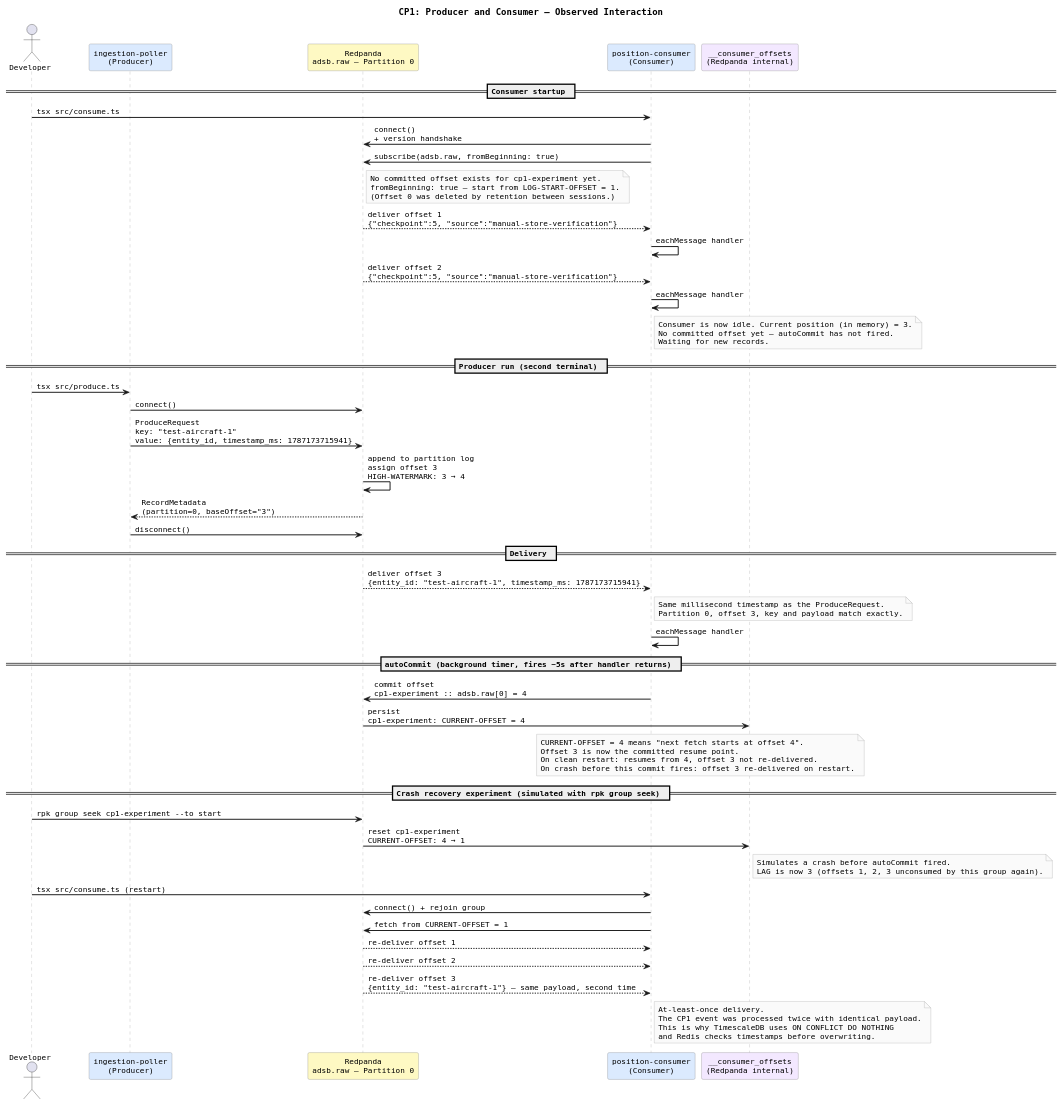
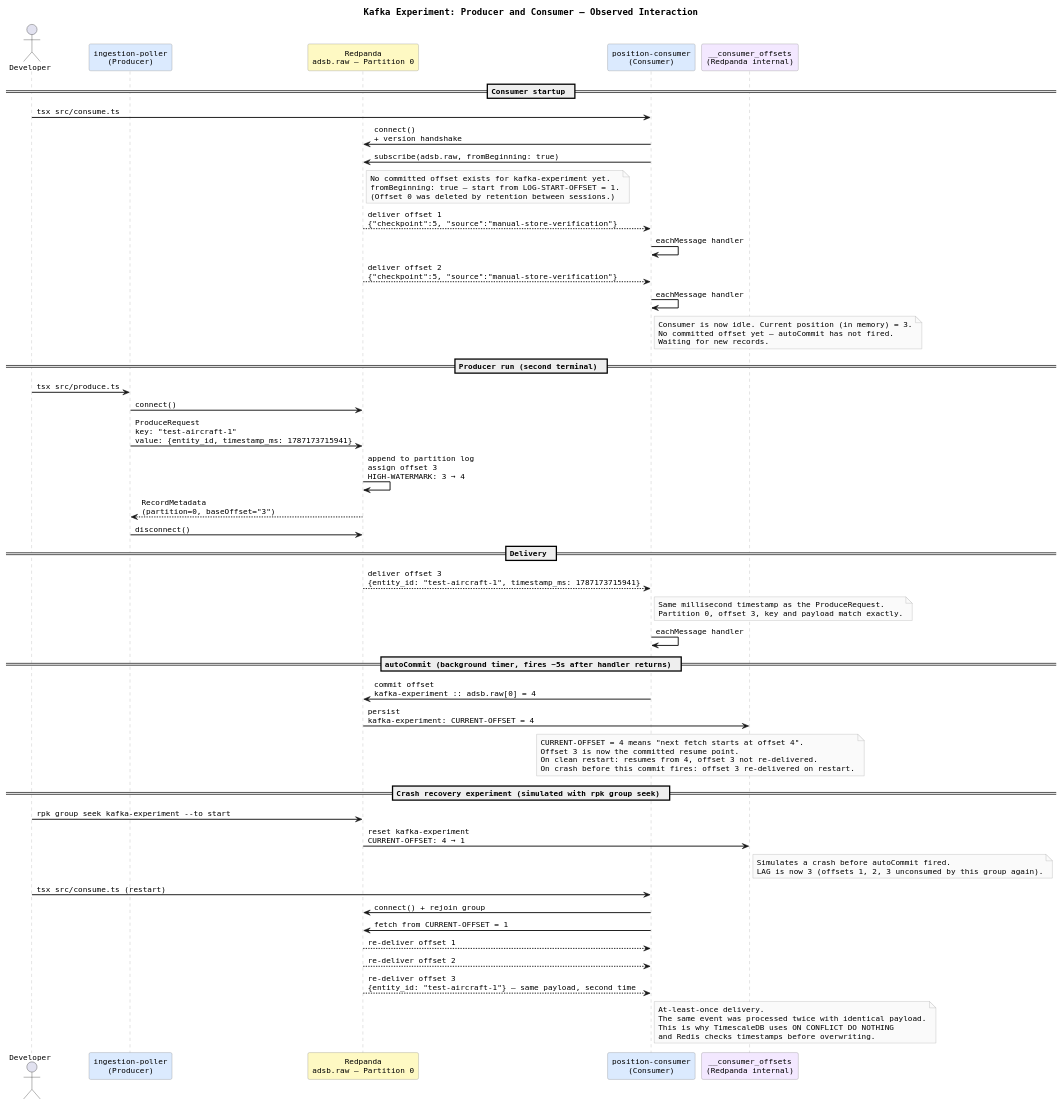
The diagram in docs/implementation/phase-02-live-position-pipeline/concepts/kafka-experiment/cp1-sequence.puml (Buffden/sentinel), drawn with PlantUML before and after one commit. The commit also changed 10 other files, not shown here.

Commit message:
docs: replace checkpoint labels with descriptive names in docs, diagrams, and scripts

```diff
--- a/docs/implementation/phase-02-live-position-pipeline/concepts/kafka-experiment/cp1-sequence.puml
+++ b/docs/implementation/phase-02-live-position-pipeline/concepts/kafka-experiment/cp1-sequence.puml
@@ -1,105 +1,105 @@
 @startuml cp1-sequence
-title CP1: Producer and Consumer — Observed Interaction
+title Kafka Experiment: Producer and Consumer — Observed Interaction
 
 skinparam defaultFontName Monospaced
 skinparam defaultFontSize 12
 skinparam sequenceArrowThickness 1.5
 skinparam sequenceParticipantBorderColor #888888
 skinparam sequenceLifeLineBorderColor #AAAAAA
 skinparam noteBorderColor #AAAAAA
 skinparam noteBackgroundColor #FAFAFA
 skinparam sequenceGroupBorderColor #CCCCCC
 skinparam sequenceGroupBodyBackgroundColor #FAFAFA
 
 actor Developer as dev
 
 participant "ingestion-poller\n(Producer)" as Producer #DBEAFE
 participant "Redpanda\nadsb.raw — Partition 0" as Broker #FEF9C3
 participant "position-consumer\n(Consumer)" as Consumer #DBEAFE
 participant "__consumer_offsets\n(Redpanda internal)" as Offsets #F3E8FF
 
 == Consumer startup ==
 
 dev -> Consumer : tsx src/consume.ts
 Consumer -> Broker : connect()\n+ version handshake
 Consumer -> Broker : subscribe(adsb.raw, fromBeginning: true)
 
 note right of Broker
-  No committed offset exists for cp1-experiment yet.
+  No committed offset exists for kafka-experiment yet.
   fromBeginning: true — start from LOG-START-OFFSET = 1.
   (Offset 0 was deleted by retention between sessions.)
 end note
 
 Broker --> Consumer : deliver offset 1\n{"checkpoint":5, "source":"manual-store-verification"}
 Consumer -> Consumer : eachMessage handler
 
 Broker --> Consumer : deliver offset 2\n{"checkpoint":5, "source":"manual-store-verification"}
 Consumer -> Consumer : eachMessage handler
 
 note right of Consumer
   Consumer is now idle. Current position (in memory) = 3.
   No committed offset yet — autoCommit has not fired.
   Waiting for new records.
 end note
 
 == Producer run (second terminal) ==
 
 dev -> Producer : tsx src/produce.ts
 Producer -> Broker : connect()
 Producer -> Broker : ProduceRequest\nkey: "test-aircraft-1"\nvalue: {entity_id, timestamp_ms: 1787173715941}
 
 Broker -> Broker : append to partition log\nassign offset 3\nHIGH-WATERMARK: 3 → 4
 
 Broker --> Producer : RecordMetadata\n(partition=0, baseOffset="3")
 Producer -> Broker : disconnect()
 
 == Delivery ==
 
 Broker --> Consumer : deliver offset 3\n{entity_id: "test-aircraft-1", timestamp_ms: 1787173715941}
 
 note right of Consumer
   Same millisecond timestamp as the ProduceRequest.
   Partition 0, offset 3, key and payload match exactly.
 end note
 
 Consumer -> Consumer : eachMessage handler
 
 == autoCommit (background timer, fires ~5s after handler returns) ==
 
-Consumer -> Broker : commit offset\ncp1-experiment :: adsb.raw[0] = 4
-Broker -> Offsets : persist\ncp1-experiment: CURRENT-OFFSET = 4
+Consumer -> Broker : commit offset\nkafka-experiment :: adsb.raw[0] = 4
+Broker -> Offsets : persist\nkafka-experiment: CURRENT-OFFSET = 4
 
 note over Consumer, Offsets
   CURRENT-OFFSET = 4 means "next fetch starts at offset 4".
   Offset 3 is now the committed resume point.
   On clean restart: resumes from 4, offset 3 not re-delivered.
   On crash before this commit fires: offset 3 re-delivered on restart.
 end note
 
 == Crash recovery experiment (simulated with rpk group seek) ==
 
-dev -> Broker : rpk group seek cp1-experiment --to start
+dev -> Broker : rpk group seek kafka-experiment --to start
 
-Broker -> Offsets : reset cp1-experiment\nCURRENT-OFFSET: 4 → 1
+Broker -> Offsets : reset kafka-experiment\nCURRENT-OFFSET: 4 → 1
 
 note right of Offsets
   Simulates a crash before autoCommit fired.
   LAG is now 3 (offsets 1, 2, 3 unconsumed by this group again).
 end note
 
 dev -> Consumer : tsx src/consume.ts (restart)
 Consumer -> Broker : connect() + rejoin group
 Consumer -> Broker : fetch from CURRENT-OFFSET = 1
 
 Broker --> Consumer : re-deliver offset 1
 Broker --> Consumer : re-deliver offset 2
 Broker --> Consumer : re-deliver offset 3\n{entity_id: "test-aircraft-1"} — same payload, second time
 
 note right of Consumer
   At-least-once delivery.
-  The CP1 event was processed twice with identical payload.
+  The same event was processed twice with identical payload.
   This is why TimescaleDB uses ON CONFLICT DO NOTHING
   and Redis checks timestamps before overwriting.
 end note
 
 @enduml
```
